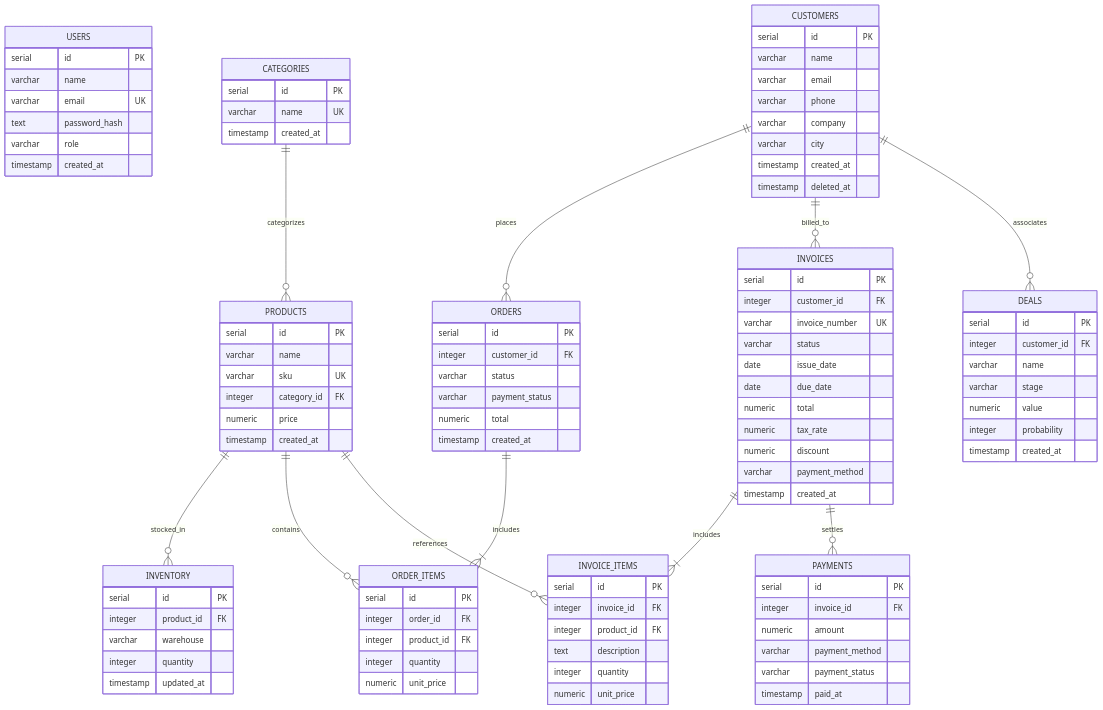
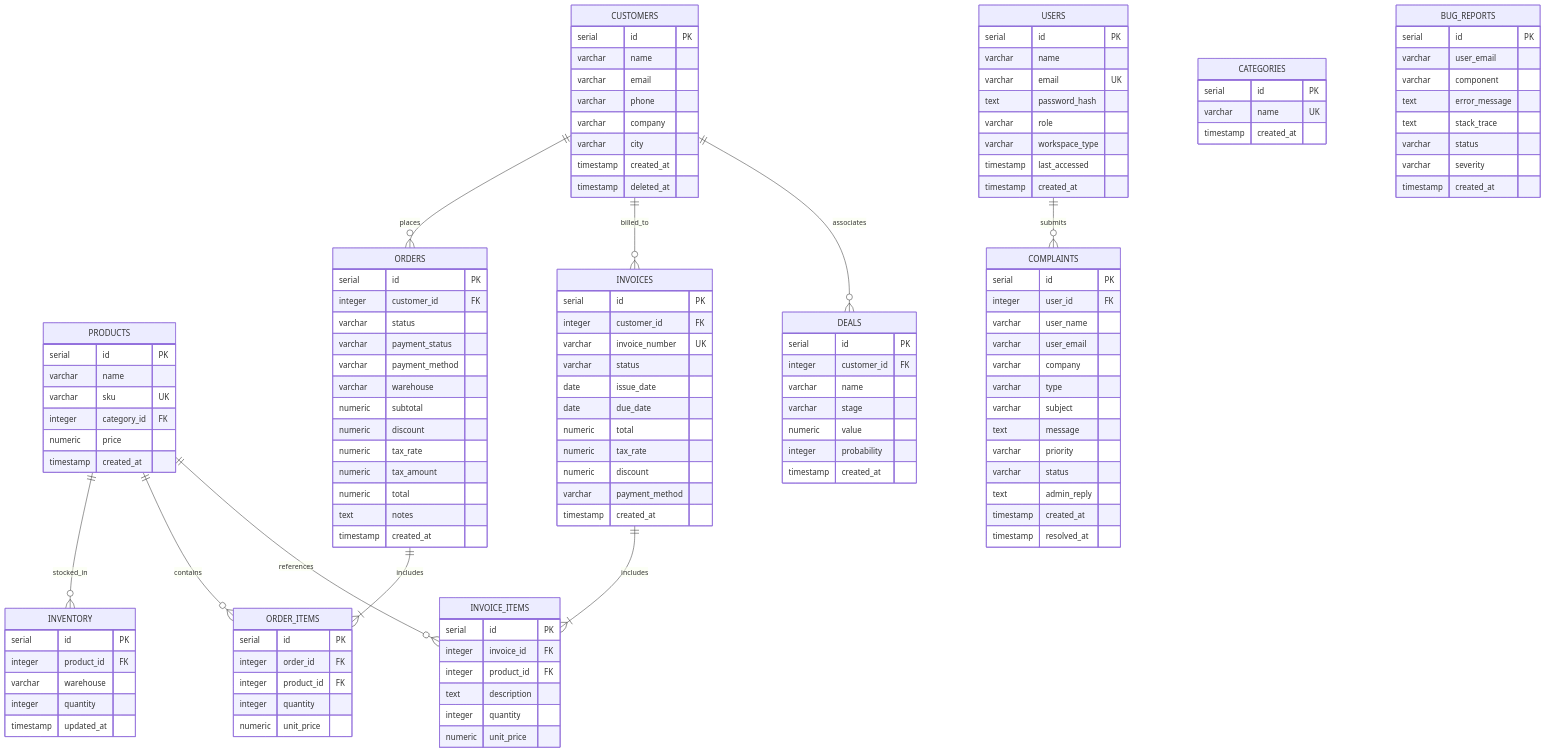
One commit to aaddi1/NEXUS changed the second of 2 diagrams in README.md. Above: the diagram before and after it, drawn with Mermaid. The commit also changed other lines of this file, not shown here.

Commit message:
Update README.md with comprehensive documentation for Super Admin portal, role matrix, complaints system, and credentials

````diff
--- a/README.md
+++ b/README.md
@@ -95,6 +139,8 @@
         varchar email UK
         text password_hash
         varchar role
+        varchar workspace_type
+        timestamp last_accessed
         timestamp created_at
     }
 
@@ -137,7 +183,14 @@
         integer customer_id FK
         varchar status
         varchar payment_status
+        varchar payment_method
+        varchar warehouse
+        numeric subtotal
+        numeric discount
+        numeric tax_rate
+        numeric tax_amount
         numeric total
+        text notes
         timestamp created_at
     }
 
@@ -172,13 +225,31 @@
         numeric unit_price
     }
 
-    PAYMENTS {
+    COMPLAINTS {
         serial id PK
-        integer invoice_id FK
-        numeric amount
-        varchar payment_method
-        varchar payment_status
-        timestamp paid_at
+        integer user_id FK
+        varchar user_name
+        varchar user_email
+        varchar company
+        varchar type
+        varchar subject
+        text message
+        varchar priority
+        varchar status
+        text admin_reply
+        timestamp created_at
+        timestamp resolved_at
+    }
+
+    BUG_REPORTS {
+        serial id PK
+        varchar user_email
+        varchar component
+        text error_message
+        text stack_trace
+        varchar status
+        varchar severity
+        timestamp created_at
     }
 
     DEALS {
@@ -194,11 +265,10 @@
     CUSTOMERS ||--o{ ORDERS : places
     CUSTOMERS ||--o{ INVOICES : billed_to
     CUSTOMERS ||--o{ DEALS : associates
-    CATEGORIES ||--o{ PRODUCTS : categorizes
     PRODUCTS ||--o{ INVENTORY : stocked_in
     PRODUCTS ||--o{ ORDER_ITEMS : contains
     PRODUCTS ||--o{ INVOICE_ITEMS : references
     ORDERS ||--|{ ORDER_ITEMS : includes
     INVOICES ||--|{ INVOICE_ITEMS : includes
-    INVOICES ||--o{ PAYMENTS : settles
+    USERS ||--o{ COMPLAINTS : submits
 ```
````
